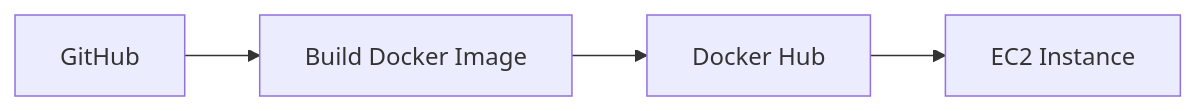
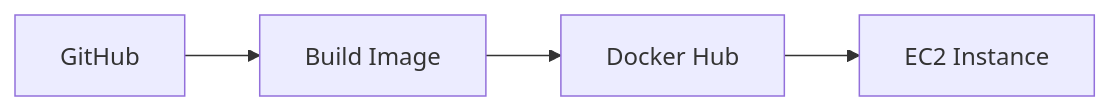
One commit to wandytorres/aws-cloud-journey changed the third of 5 diagrams in README.md. Above: the diagram before and after it, drawn with Mermaid. The commit also changed other lines of this file, not shown here.

````diff
--- a/README.md
+++ b/README.md
@@ -119,6 +115,6 @@
 ```mermaid
 flowchart LR
-    A[GitHub] --> B[Build Docker Image]
+    A[GitHub] --> B[Build Image]
     B --> C[Docker Hub]
     C --> D[EC2 Instance]
 ```
````
